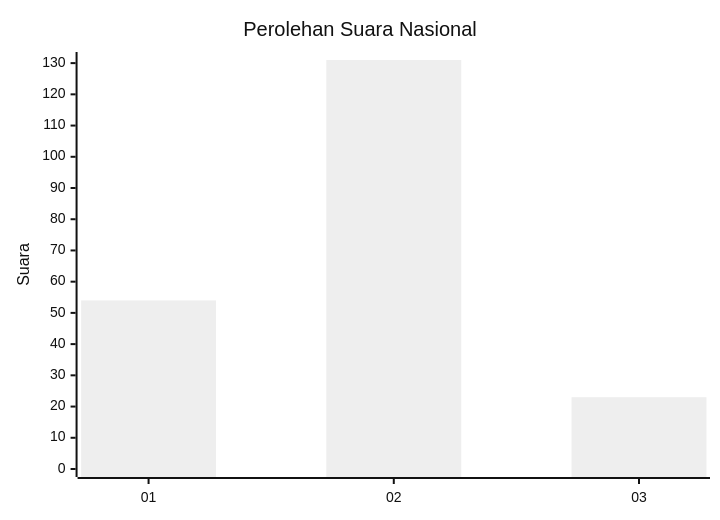
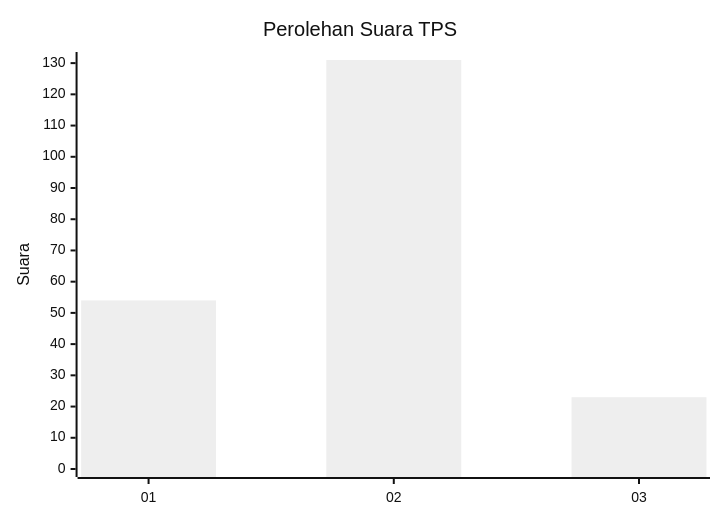
Before and after one commit to gigit-pemilu/pemilu-2024-65-kalimantan-utara: the first of 2 diagrams in pilpres/hitung-suara/sub/65-kalimantan-utara/sub/03-nunukan/sub/09-nunukan-selatan/sub/1004-tanjung-harapan/sub/003-tps/README.md, drawn with Mermaid (neutral theme). The commit also changed other lines of this file and 1189 other files, not shown here.

````diff
--- a/pilpres/hitung-suara/sub/65-kalimantan-utara/sub/03-nunukan/sub/09-nunukan-selatan/sub/1004-tanjung-harapan/sub/003-tps/README.md
+++ b/pilpres/hitung-suara/sub/65-kalimantan-utara/sub/03-nunukan/sub/09-nunukan-selatan/sub/1004-tanjung-harapan/sub/003-tps/README.md
@@ -5,7 +5,7 @@
 ```mermaid
 xychart-beta
-    title "Perolehan Suara Nasional"
+    title "Perolehan Suara TPS"
     x-axis [01, 02, 03]
     y-axis "Suara" 0 --> 131
     bar [54, 131, 23]
 ```
````
